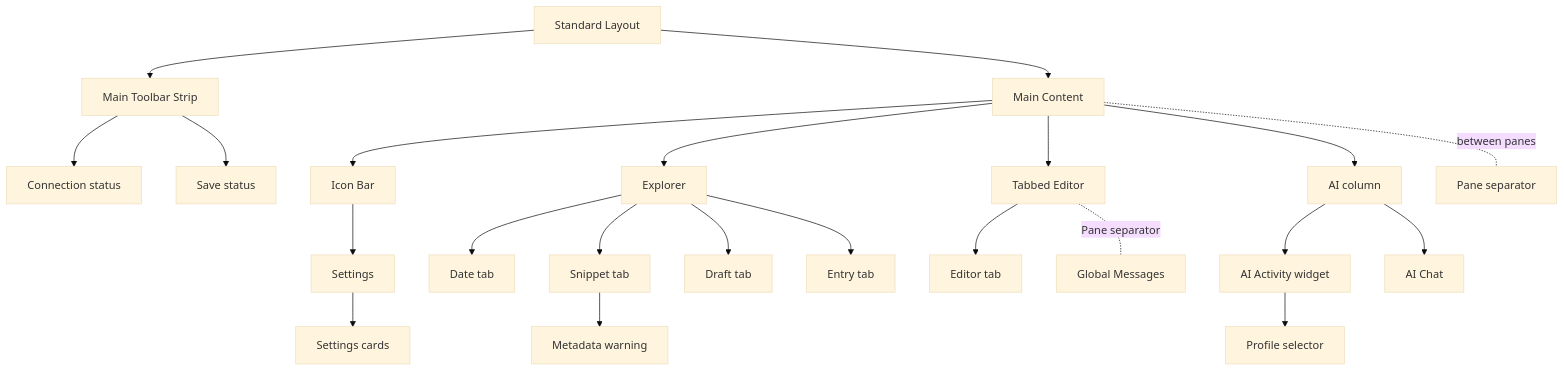
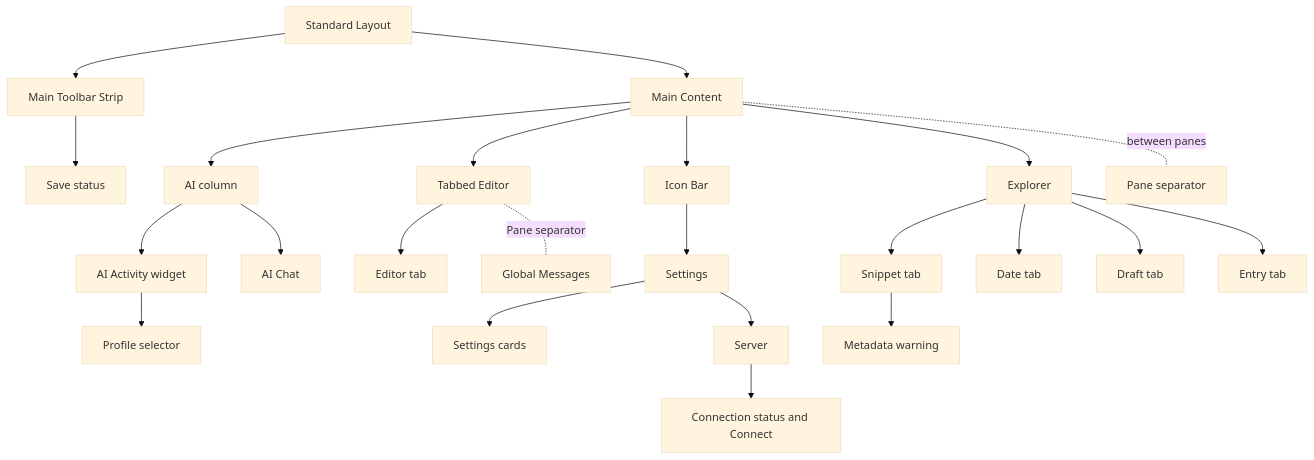
Before and after one commit to pastry-personal5/narihitos-diary-gui: the diagram in docs/ux-information-architecture.md, drawn with Mermaid (base theme). The commit also changed other lines of this file and 16 other files, not shown here.

````diff
--- a/docs/ux-information-architecture.md
+++ b/docs/ux-information-architecture.md
@@ -7,24 +7,25 @@
 ```mermaid
 flowchart TB
   W[Standard Layout] --> T[Main Toolbar Strip]
-  T --> CS[Connection status]
   T --> SS[Save status]
   W --> B[Main Content]
   B --> I[Icon Bar]
   B --> E[Explorer]
   B --> C[Tabbed Editor]
   B --> X[AI column]
   X --> AA[AI Activity widget]
   X --> A[AI Chat]
   AA --> PS[Profile selector]
   C --> ET[Editor tab]
   C -. Pane separator .- G[Global Messages]
   B -. between panes .- SP[Pane separator]
   I --> S[Settings]
   S --> SC[Settings cards]
+  S --> SV[Server]
+  SV --> CS[Connection status and Connect]
   N --> MW[Metadata warning]
   E --> D[Date tab]
   E --> N[Snippet tab]
   E --> F[Draft tab]
   E --> R[Entry tab]
 ```
````
